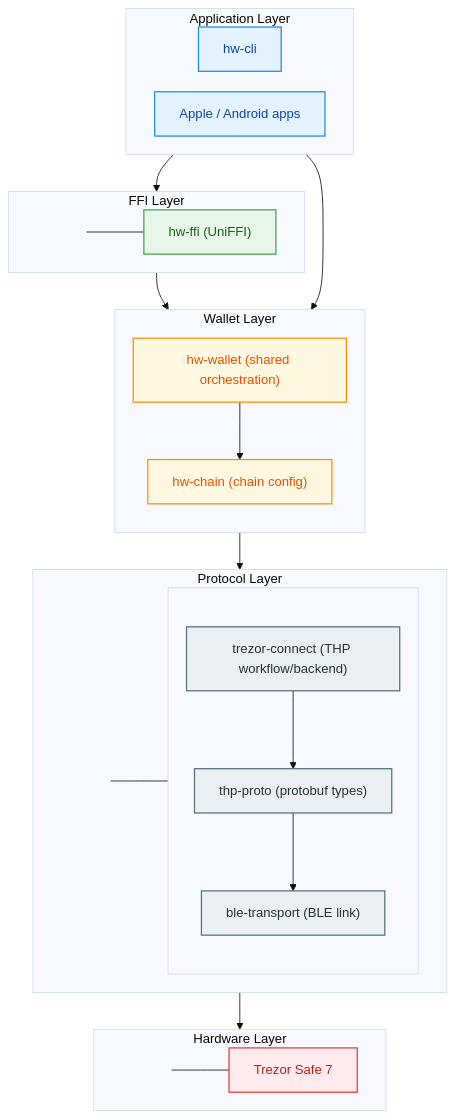
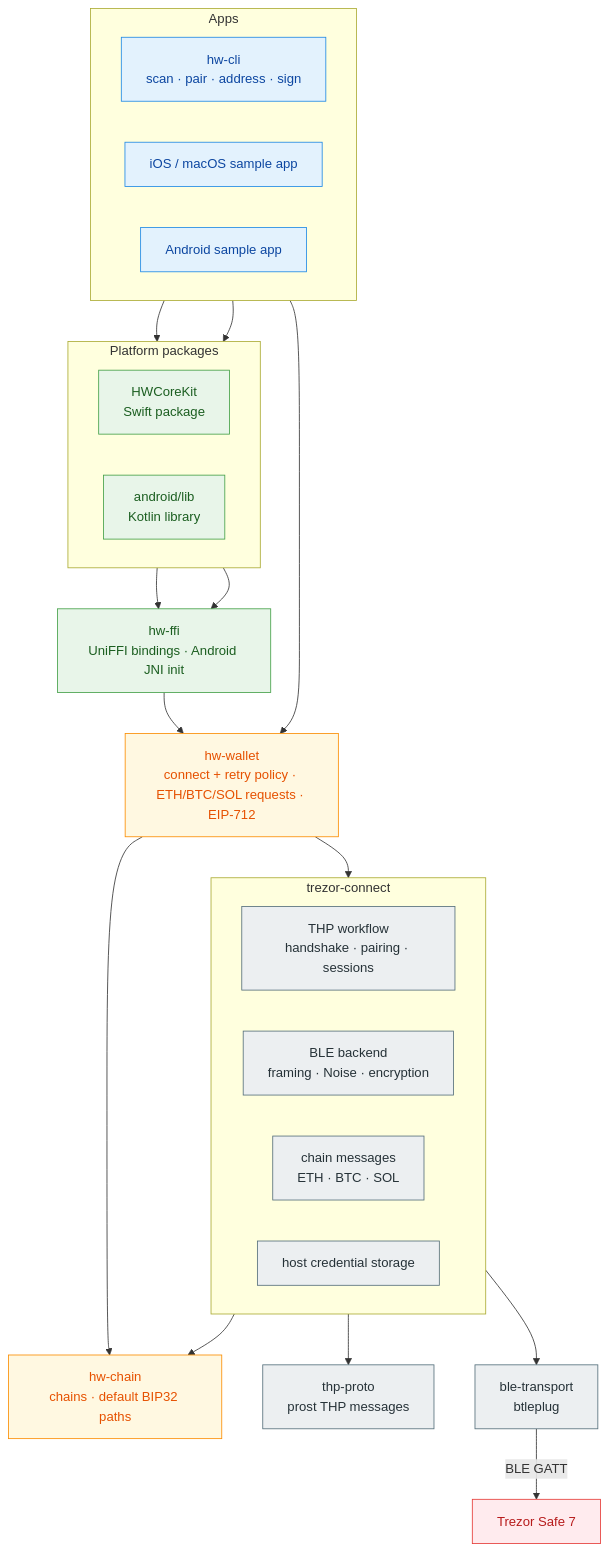
Before and after one commit to hewigovens/hw-core: the diagram in README.md, drawn with Mermaid.

Commit message:
docs: redraw README architecture chart from current crate graph

````diff
--- a/README.md
+++ b/README.md
@@ -23,64 +23,53 @@
 ```mermaid
-%%{init: {'theme':'base', 'flowchart': {'rankSpacing': 45, 'nodeSpacing': 25, 'curve': 'basis'}}}%%
 flowchart TB
-  subgraph L1["Application Layer"]
+  subgraph apps["Apps"]
     direction LR
-    CLI["hw-cli"]
-    APP["Apple / Android apps"]
+    CLI["hw-cli<br/>scan · pair · address · sign"]
+    APPLE["iOS / macOS sample app"]
+    ANDROID["Android sample app"]
   end
 
-  subgraph L2["FFI Layer"]
+  subgraph packages["Platform packages"]
     direction LR
-    FFI_PAD[" "]
-    FFI["hw-ffi (UniFFI)"]
-    FFI_PAD --- FFI
+    SWIFT["HWCoreKit<br/>Swift package"]
+    KOTLIN["android/lib<br/>Kotlin library"]
   end
 
-  subgraph L3["Wallet Layer"]
-    direction TB
-    WALLET["hw-wallet (shared orchestration)"]
-    CHAIN["hw-chain (chain config)"]
-    WALLET --> CHAIN
+  FFI["hw-ffi<br/>UniFFI bindings · Android JNI init"]
+  WALLET["hw-wallet<br/>connect + retry policy · ETH/BTC/SOL requests · EIP-712"]
+  CHAIN["hw-chain<br/>chains · default BIP32 paths"]
+
+  subgraph connect["trezor-connect"]
+    direction LR
+    WORKFLOW["THP workflow<br/>handshake · pairing · sessions"]
+    BACKEND["BLE backend<br/>framing · Noise · encryption"]
+    MAPPING["chain messages<br/>ETH · BTC · SOL"]
+    STORAGE["host credential storage"]
   end
 
-  subgraph L4["Protocol Layer"]
-    direction LR
-    PROTO_PAD[" "]
-    subgraph L4S[" "]
-      direction TB
-      CONNECT["trezor-connect (THP workflow/backend)"]
-      THP["thp-proto (protobuf types)"]
-      BLE["ble-transport (BLE link)"]
-      CONNECT --> THP
-      THP --> BLE
-    end
-    PROTO_PAD --- CONNECT
-  end
+  PROTO["thp-proto<br/>prost THP messages"]
+  BLE["ble-transport<br/>btleplug"]
+  DEVICE["Trezor Safe 7"]
 
-  subgraph L5["Hardware Layer"]
-    direction LR
-    HW_PAD[" "]
-    DEVICE["Trezor Safe 7"]
-    HW_PAD --- DEVICE
-  end
+  APPLE --> SWIFT --> FFI
+  ANDROID --> KOTLIN --> FFI
+  CLI --> WALLET
+  FFI --> WALLET
+  WALLET --> CHAIN
+  WALLET --> connect
+  connect --> CHAIN
+  connect --> PROTO
+  BACKEND --> BLE
+  BLE -- "BLE GATT" --> DEVICE
 
-  CLI --> WALLET
-  APP --> FFI_PAD
-  FFI --> WALLET
-  CHAIN --> PROTO_PAD
-  BLE --> HW_PAD
-
-  classDef appLayer fill:#E3F2FD,stroke:#1E88E5,color:#0D47A1,stroke-width:1.5px;
-  classDef ffiLayer fill:#E8F5E9,stroke:#43A047,color:#1B5E20,stroke-width:1.5px;
-  classDef walletLayer fill:#FFF8E1,stroke:#FB8C00,color:#E65100,stroke-width:1.5px;
-  classDef protoLayer fill:#ECEFF1,stroke:#546E7A,color:#263238,stroke-width:1.5px;
-  classDef hwLayer fill:#FFEBEE,stroke:#E53935,color:#B71C1C,stroke-width:1.5px;
-  classDef spacer fill:transparent,stroke:transparent,color:transparent;
-
-  class CLI,APP appLayer;
-  class FFI ffiLayer;
-  class WALLET,CHAIN walletLayer;
-  class CONNECT,BLE,THP protoLayer;
-  class DEVICE hwLayer;
-  class FFI_PAD,PROTO_PAD,HW_PAD spacer;
+  classDef app fill:#E3F2FD,stroke:#1E88E5,color:#0D47A1;
+  classDef ffi fill:#E8F5E9,stroke:#43A047,color:#1B5E20;
+  classDef wallet fill:#FFF8E1,stroke:#FB8C00,color:#E65100;
+  classDef proto fill:#ECEFF1,stroke:#546E7A,color:#263238;
+  classDef hw fill:#FFEBEE,stroke:#E53935,color:#B71C1C;
+  class CLI,APPLE,ANDROID app;
+  class SWIFT,KOTLIN,FFI ffi;
+  class WALLET,CHAIN wallet;
+  class WORKFLOW,BACKEND,MAPPING,STORAGE,PROTO,BLE proto;
+  class DEVICE hw;
 ```
````
